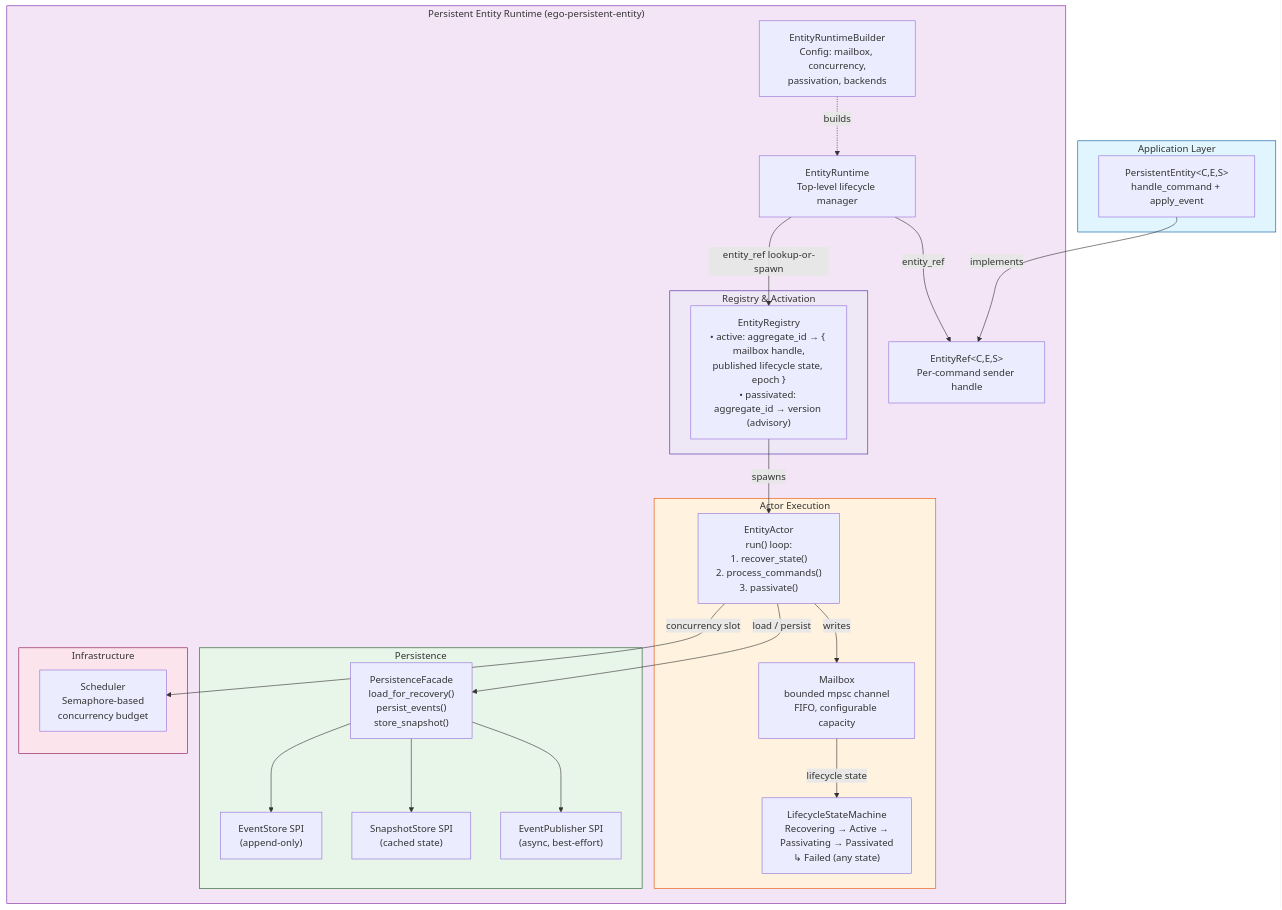
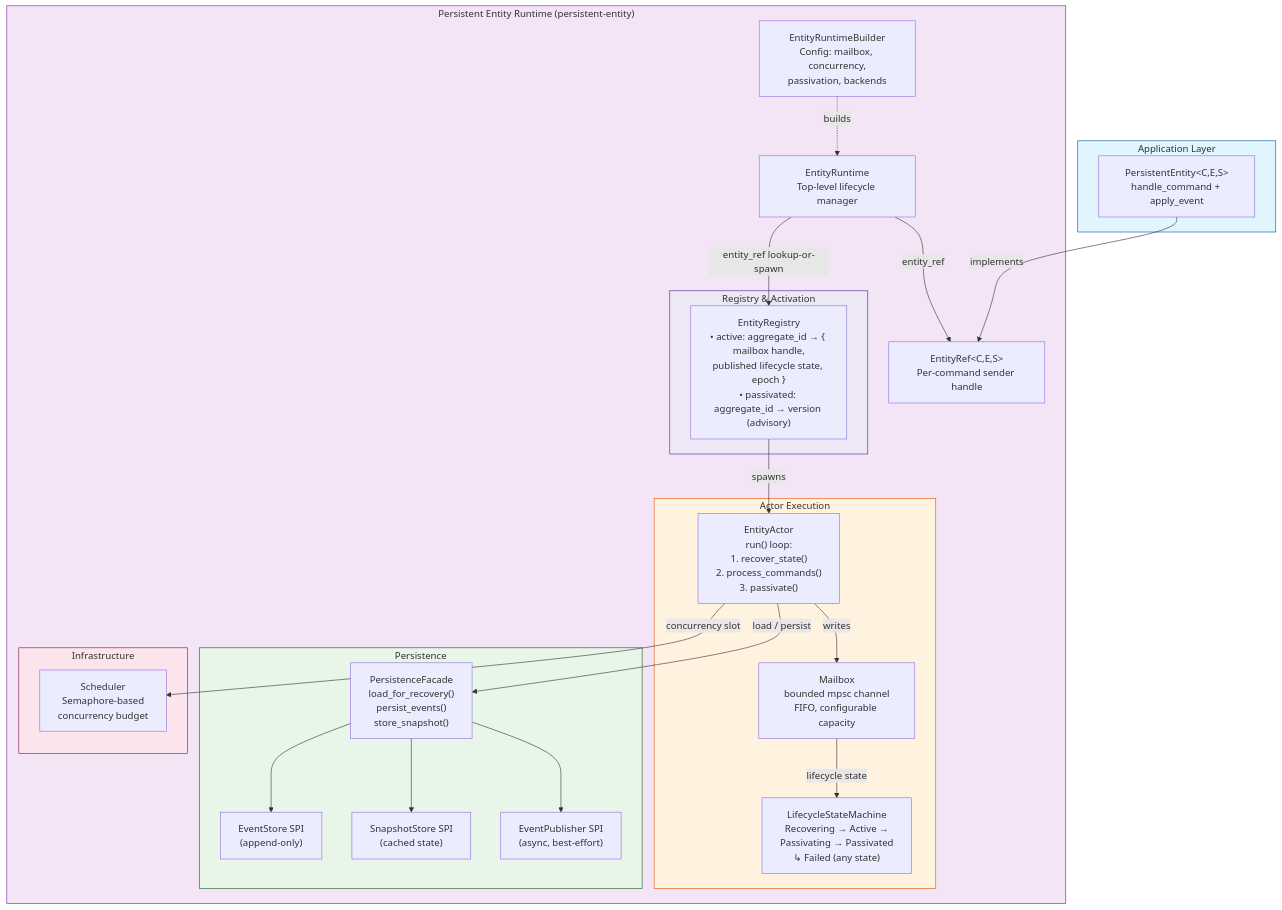
One commit to pablogore/ego-rs changed the second of 5 diagrams in ARCHITECTURE.md. Above: the diagram before and after it, drawn with Mermaid.

Commit message:
docs(architecture): fix stray ego-persistent-entity name in diagram label (#362)

````diff
--- a/ARCHITECTURE.md
+++ b/ARCHITECTURE.md
@@ -200,54 +200,54 @@
 ```mermaid
 flowchart TB
     subgraph Application["Application Layer"]
         PE["PersistentEntity&lt;C,E,S&gt;<br/>handle_command + apply_event"]
     end
 
-    subgraph Runtime["Persistent Entity Runtime (ego-persistent-entity)"]
+    subgraph Runtime["Persistent Entity Runtime (persistent-entity)"]
         ER["EntityRuntime<br/>Top-level lifecycle manager"]
         ERB["EntityRuntimeBuilder<br/>Config: mailbox, concurrency,<br/>passivation, backends"]
 
         subgraph Registry["Registry &amp; Activation"]
             REG["EntityRegistry<br/>• active: aggregate_id → { mailbox handle,<br/>published lifecycle state, epoch }<br/>• passivated: aggregate_id → version (advisory)"]
         end
 
         subgraph Actor["Actor Execution"]
             EA["EntityActor<br/>run() loop:<br/>1. recover_state()<br/>2. process_commands()<br/>3. passivate()"]
             MB["Mailbox<br/>bounded mpsc channel<br/>FIFO, configurable capacity"]
             LS["LifecycleStateMachine<br/>Recovering → Active →<br/>Passivating → Passivated<br/>↳ Failed (any state)"]
         end
 
         subgraph Persistence["Persistence"]
             PF["PersistenceFacade<br/>load_for_recovery()<br/>persist_events()<br/>store_snapshot()"]
             ES["EventStore SPI<br/>(append-only)"]
             SS["SnapshotStore SPI<br/>(cached state)"]
             EP["EventPublisher SPI<br/>(async, best-effort)"]
         end
 
         subgraph Infra["Infrastructure"]
             SCH["Scheduler<br/>Semaphore-based<br/>concurrency budget"]
         end
 
         REF["EntityRef&lt;C,E,S&gt;<br/>Per-command sender handle"]
     end
 
     PE -->|implements| REF
     ER -->|entity_ref lookup-or-spawn| REG
     REG -->|spawns| EA
     EA -->|writes| MB
     MB -->|lifecycle state| LS
     EA -->|load / persist| PF
     PF --> ES
     PF --> SS
     PF --> EP
     EA -->|concurrency slot| SCH
     ERB -.->|builds| ER
     ER -->|entity_ref| REF
 
     style Application fill:#e1f5fe,stroke:#01579b
     style Runtime fill:#f3e5f5,stroke:#7b1fa2
     style Registry fill:#ede7f6,stroke:#4527a0
     style Actor fill:#fff3e0,stroke:#e65100
     style Persistence fill:#e8f5e9,stroke:#1b5e20
     style Infra fill:#fce4ec,stroke:#880e4f
 ```
````
